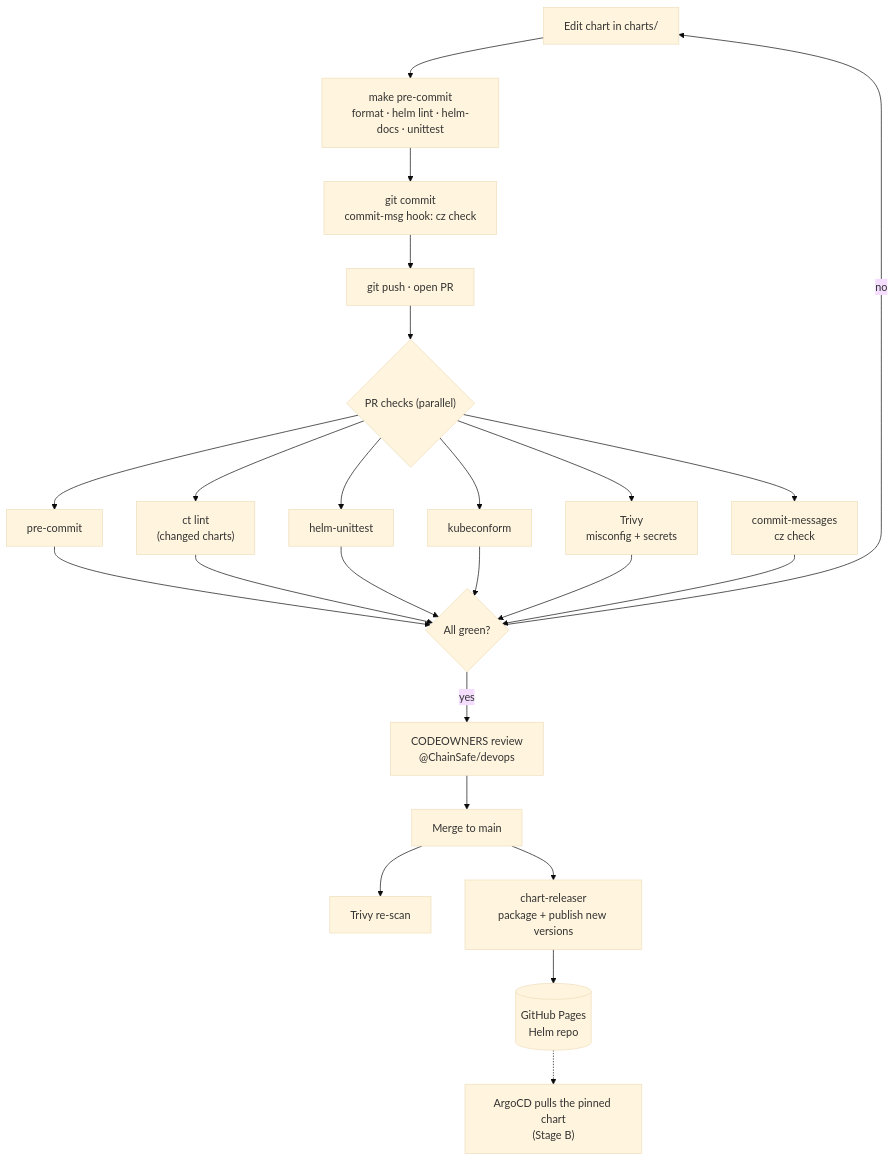
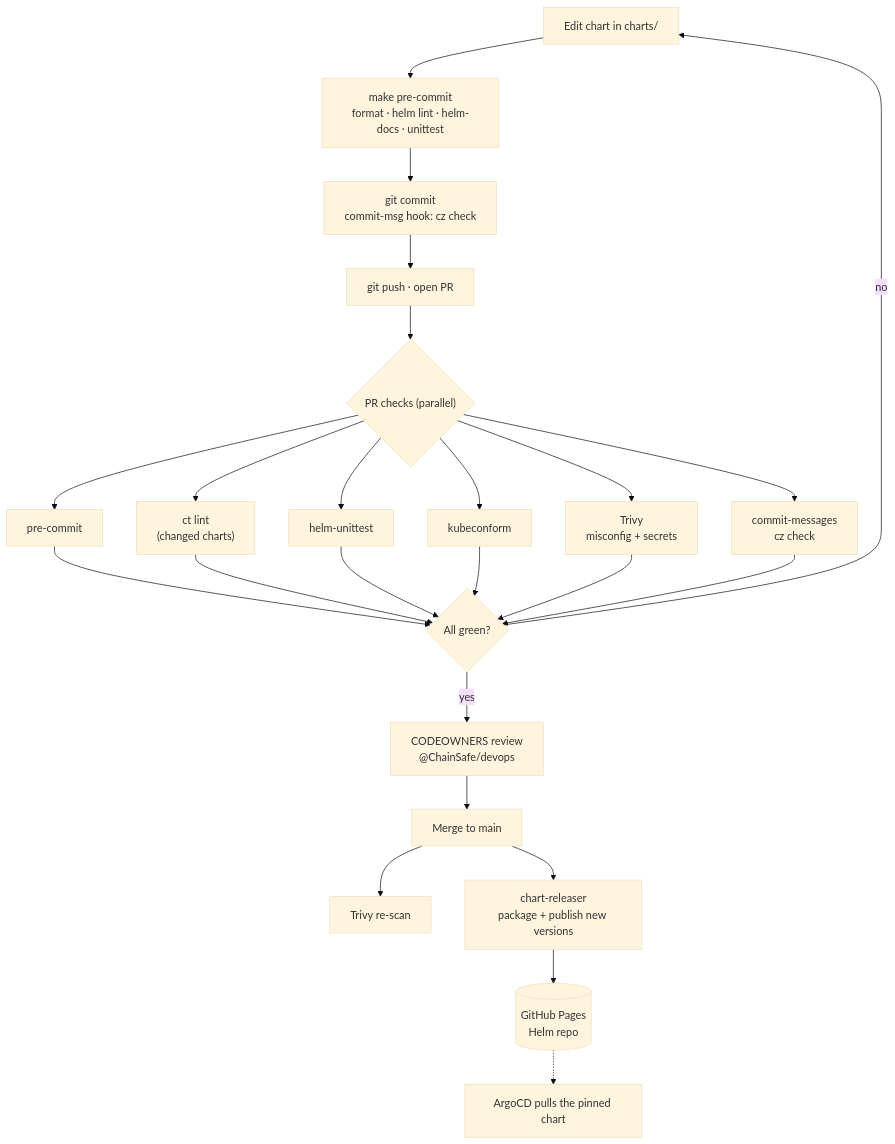
One commit to ChainSafe/helm-charts changed the diagram in CONTRIBUTING.md. Above: the diagram before and after it, drawn with Mermaid (base theme).

Commit message:
fix: updated mermaid diagram

````diff
--- a/CONTRIBUTING.md
+++ b/CONTRIBUTING.md
@@ -25,24 +25,24 @@
 ```mermaid
 flowchart TD
     A["Edit chart in charts/"] --> B["make pre-commit<br/>format · helm lint · helm-docs · unittest"]
     B --> C["git commit<br/>commit-msg hook: cz check"]
     C --> D["git push · open PR"]
 
     D --> E{"PR checks (parallel)"}
     E --> E1["pre-commit"]
     E --> E2["ct lint<br/>(changed charts)"]
     E --> E3["helm-unittest"]
     E --> E4["kubeconform"]
     E --> E5["Trivy<br/>misconfig + secrets"]
     E --> E6["commit-messages<br/>cz check"]
 
     E1 & E2 & E3 & E4 & E5 & E6 --> F{"All green?"}
     F -- "no" --> A
     F -- "yes" --> G["CODEOWNERS review<br/>@ChainSafe/devops"]
     G --> H["Merge to main"]
 
     H --> I["Trivy re-scan"]
     H --> J["chart-releaser<br/>package + publish new versions"]
     J --> K[("GitHub Pages<br/>Helm repo")]
-    K -.-> L["ArgoCD pulls the pinned chart<br/>(Stage B)"]
+    K -.-> L["ArgoCD pulls the pinned chart<br/>"]
 ```
````
